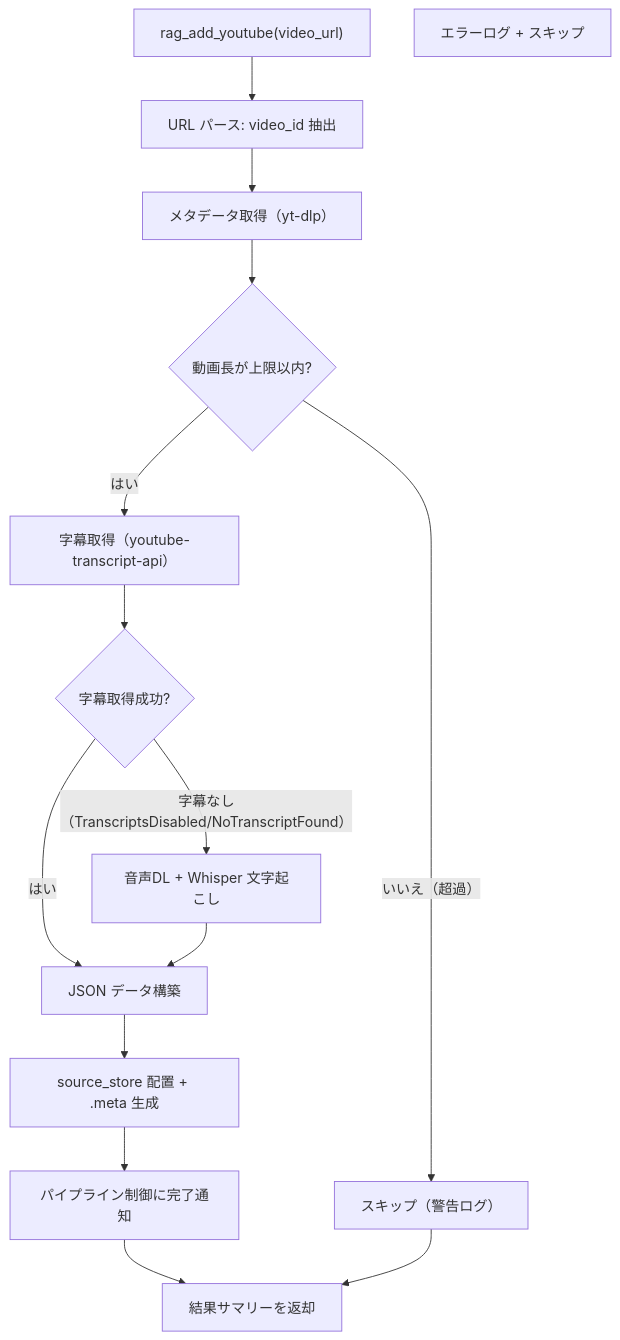
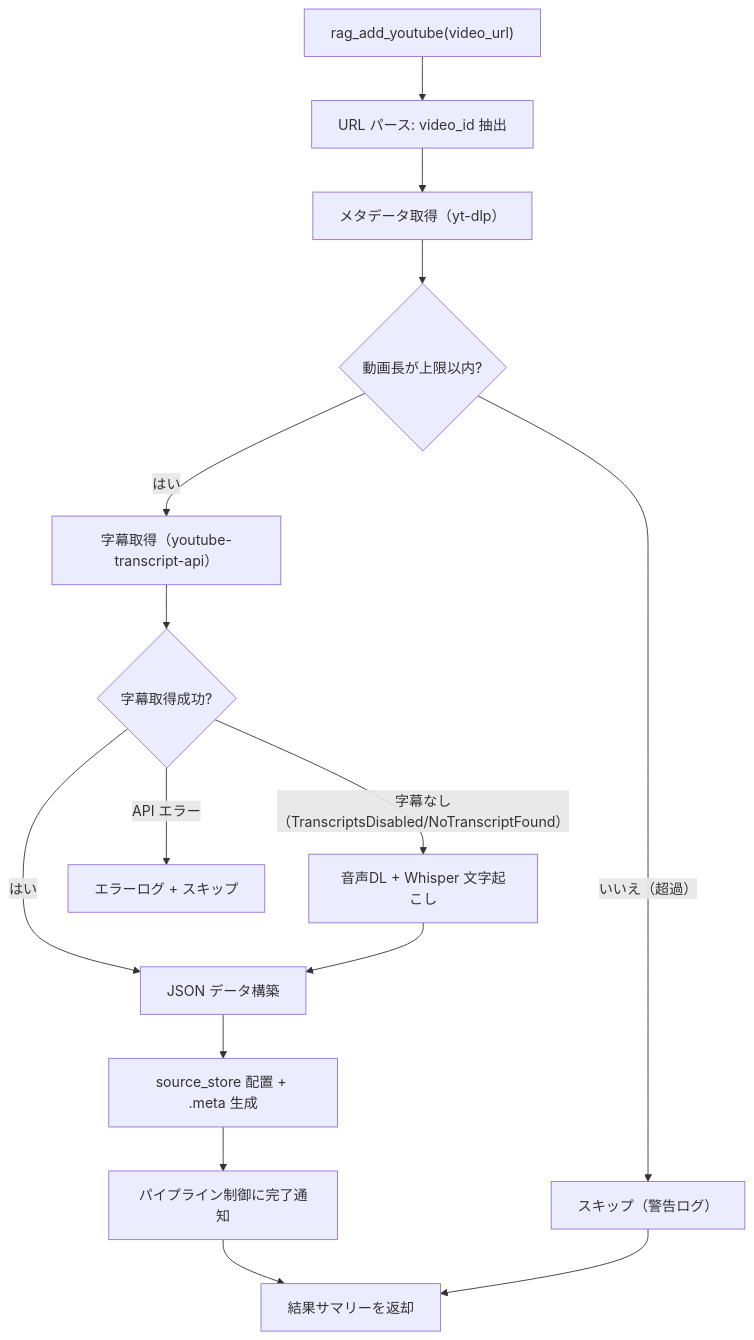
Before and after one commit to becky3/rag-knowledge: the second of 3 diagrams in docs/specs/ingesters/youtube.md, drawn with Mermaid. The commit also changed other lines of this file and 4 other files, not shown here.

````diff
--- a/docs/specs/ingesters/youtube.md
+++ b/docs/specs/ingesters/youtube.md
@@ -279,30 +294,31 @@
 ```mermaid
 flowchart TD
     START["rag_add_youtube(video_url)"]
     PARSE["URL パース: video_id 抽出"]
     META["メタデータ取得（yt-dlp）"]
     DUR_CHECK{"動画長が上限以内?"}
     SUBTITLE["字幕取得（youtube-transcript-api）"]
     SUB_OK{"字幕取得成功?"}
     WHISPER["音声DL + Whisper 文字起こし"]
     BUILD["JSON データ構築"]
     PLACE["source_store 配置 + .meta 生成"]
     NOTIFY["パイプライン制御に完了通知"]
     RESULT["結果サマリーを返却"]
     SKIP["スキップ（警告ログ）"]
     ERROR["エラーログ + スキップ"]
 
     START --> PARSE
     PARSE --> META
     META --> DUR_CHECK
     DUR_CHECK -->|"はい"| SUBTITLE
     DUR_CHECK -->|"いいえ（超過）"| SKIP
     SUBTITLE --> SUB_OK
     SUB_OK -->|"はい"| BUILD
     SUB_OK -->|"字幕なし（TranscriptsDisabled/NoTranscriptFound）"| WHISPER
+    SUB_OK -->|"API エラー"| ERROR
     WHISPER --> BUILD
     BUILD --> PLACE
     PLACE --> NOTIFY
     NOTIFY --> RESULT
     SKIP --> RESULT
 ```
````
